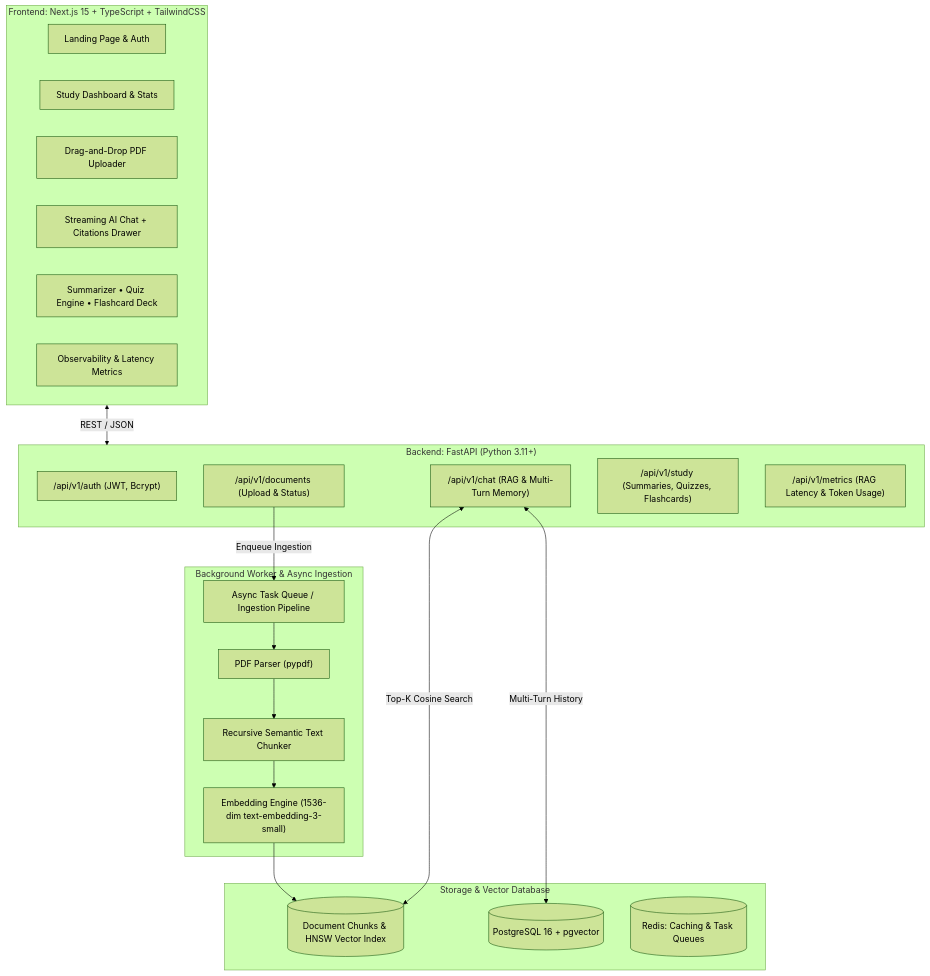
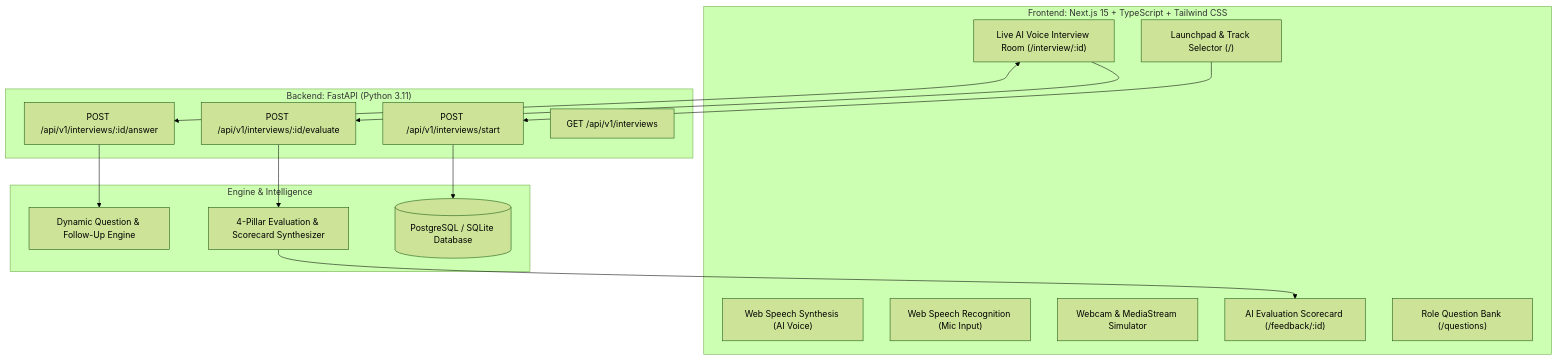
One commit to Ishant6565/Genai-Study-Copilot changed the diagram in README.md. Above: the diagram before and after it, drawn with Mermaid (forest theme). The commit also changed other lines of this file and 17 other files, not shown here.

Commit message:
feat: complete InterviewAI full-stack AI voice & technical mock interview platform with speech synthesis, live transcription, webcam simulator, and hiring scorecard

````diff
--- a/README.md
+++ b/README.md
@@ -52,38 +69,29 @@
 ```mermaid
 flowchart TD
-    subgraph Client["Frontend: Next.js 15 + TypeScript + TailwindCSS"]
-        UI["Landing Page & Auth"]
-        Dash["Study Dashboard & Stats"]
-        Upload["Drag-and-Drop PDF Uploader"]
-        ChatUI["Streaming AI Chat + Citations Drawer"]
-        StudyTools["Summarizer • Quiz Engine • Flashcard Deck"]
-        ObsUI["Observability & Latency Metrics"]
+    subgraph Client["Frontend: Next.js 15 + TypeScript + Tailwind CSS"]
+        Launchpad["Launchpad & Track Selector (/)"]
+        VoiceRoom["Live AI Voice Interview Room (/interview/:id)"]
+        TTS["Web Speech Synthesis (AI Voice)"]
+        STT["Web Speech Recognition (Mic Input)"]
+        Webcam["Webcam & MediaStream Simulator"]
+        Scorecard["AI Evaluation Scorecard (/feedback/:id)"]
+        QBank["Role Question Bank (/questions)"]
     end
 
-    subgraph API["Backend: FastAPI (Python 3.11+)"]
-        AuthRouter["/api/v1/auth (JWT, Bcrypt)"]
-        DocRouter["/api/v1/documents (Upload & Status)"]
-        ChatRouter["/api/v1/chat (RAG & Multi-Turn Memory)"]
-        ToolsRouter["/api/v1/study (Summaries, Quizzes, Flashcards)"]
-        MetricsRouter["/api/v1/metrics (RAG Latency & Token Usage)"]
+    subgraph API["Backend: FastAPI (Python 3.11)"]
+        StartEndpoint["POST /api/v1/interviews/start"]
+        AnswerEndpoint["POST /api/v1/interviews/:id/answer"]
+        EvalEndpoint["POST /api/v1/interviews/:id/evaluate"]
+        HistoryEndpoint["GET /api/v1/interviews"]
     end
 
-    subgraph Processing["Background Worker & Async Ingestion"]
-        Worker["Async Task Queue / Ingestion Pipeline"]
-        Extractor["PDF Parser (pypdf)"]
-        Chunker["Recursive Semantic Text Chunker"]
-        Embedder["Embedding Engine (1536-dim text-embedding-3-small)"]
+    subgraph Core["Engine & Intelligence"]
+        QGenerator["Dynamic Question & Follow-Up Engine"]
+        Scorer["4-Pillar Evaluation & Scorecard Synthesizer"]
+        DB[("PostgreSQL / SQLite Database")]
     end
 
-    subgraph Storage["Storage & Vector Database"]
-        Postgres[("PostgreSQL 16 + pgvector")]
-        Vectors[("Document Chunks & HNSW Vector Index")]
-        RedisDB[("Redis: Caching & Task Queues")]
-    end
-
-    Client <-->|REST / JSON| API
-    DocRouter -->|Enqueue Ingestion| Worker
-    Worker --> Extractor --> Chunker --> Embedder --> Vectors
-    ChatRouter <-->|Top-K Cosine Search| Vectors
-    ChatRouter <-->|Multi-Turn History| Postgres
+    Launchpad --> StartEndpoint --> DB
+    VoiceRoom <--> AnswerEndpoint --> QGenerator
+    VoiceRoom --> EvalEndpoint --> Scorer --> Scorecard
 ```
````
